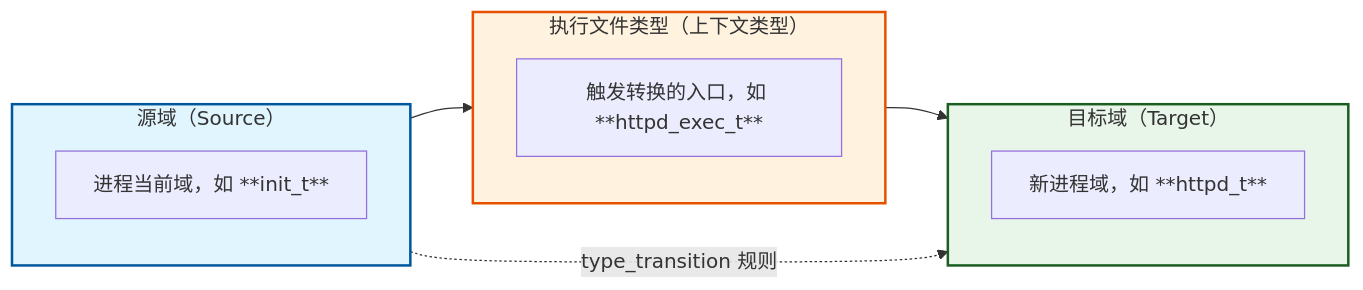
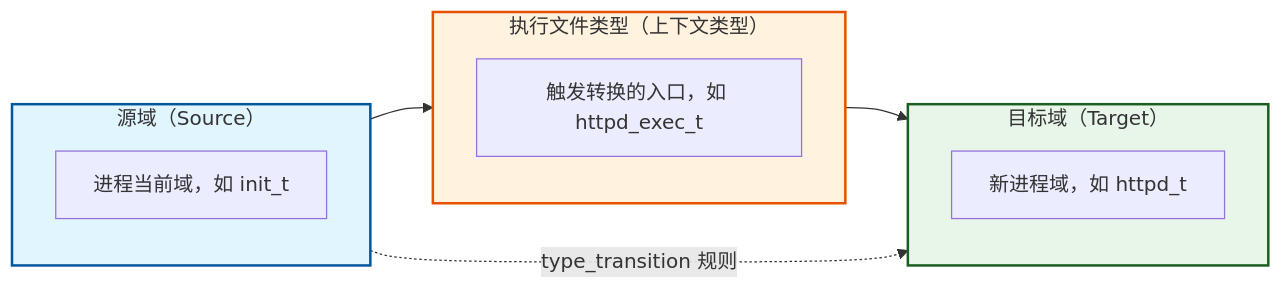
The diagram in Linux 基础与进阶/快速上手 SELinux 强化 Linux 安全性/快速上手 SELinux 强化 Linux 安全性.md (Alberthua-Perl/tech-docs), drawn with Mermaid before and after one commit. The commit also changed other lines of this file and 1 other file, not shown here.

Commit message:
Update selinux doc on 2026-04-08

````diff
--- a/Linux 基础与进阶/快速上手 SELinux 强化 Linux 安全性/快速上手 SELinux 强化 Linux 安全性.md
+++ b/Linux 基础与进阶/快速上手 SELinux 强化 Linux 安全性/快速上手 SELinux 强化 Linux 安全性.md
@@ -523,25 +523,25 @@
 ```mermaid
 flowchart LR
     subgraph Source["源域（Source）"]
         direction TB
-        S1["进程当前域，如 **init_t**"]
+        S1["进程当前域，如 init_t"]
     end
 
     subgraph ExecFile["执行文件类型（上下文类型）"]
         direction TB
-        E1["触发转换的入口，如 **httpd_exec_t**"]
+        E1["触发转换的入口，如 httpd_exec_t"]
     end
 
     subgraph Target["目标域（Target）"]
         direction TB
-        T1["新进程域，如 **httpd_t**"]
+        T1["新进程域，如 httpd_t"]
     end
 
     Source --> ExecFile --> Target
     
     Source -.->|"type_transition 规则"| Target
     
     style Source fill:#e1f5fe,stroke:#01579b,stroke-width:2px
     style ExecFile fill:#fff3e0,stroke:#e65100,stroke-width:2px
     style Target fill:#e8f5e9,stroke:#1b5e20,stroke-width:2px
 ```
````
